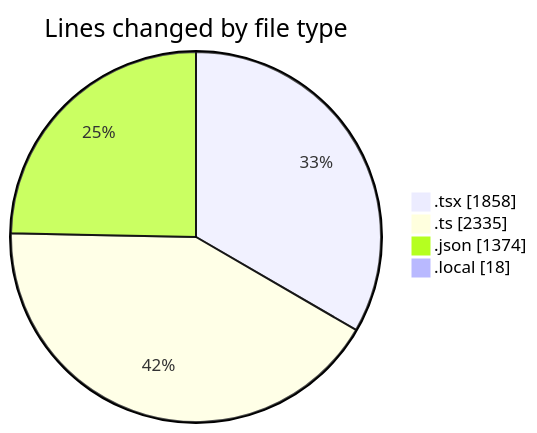
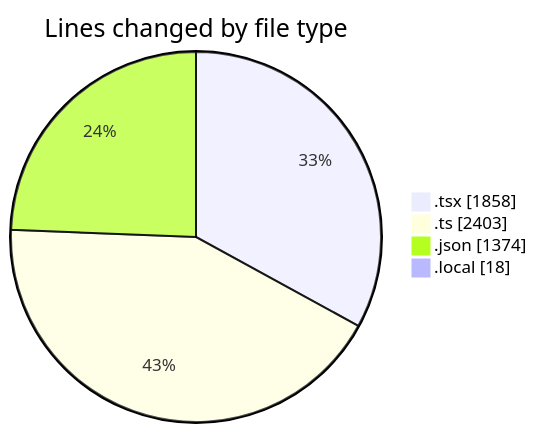
Before and after one commit to julien-gomy/code-tracking: the first of 2 diagrams in 2025-10-16/eventscop-frontend-guide__workspace_/README.md, drawn with Mermaid. The commit also changed other lines of this file and 1 other file, not shown here.

````diff
--- a/2025-10-16/eventscop-frontend-guide__workspace_/README.md
+++ b/2025-10-16/eventscop-frontend-guide__workspace_/README.md
@@ -51,8 +52,8 @@
 ```mermaid
 pie showData
 title Lines changed by file type
 ".tsx" : 1858
-".ts" : 2335
+".ts" : 2403
 ".json" : 1374
 ".local" : 18
 ```
````
